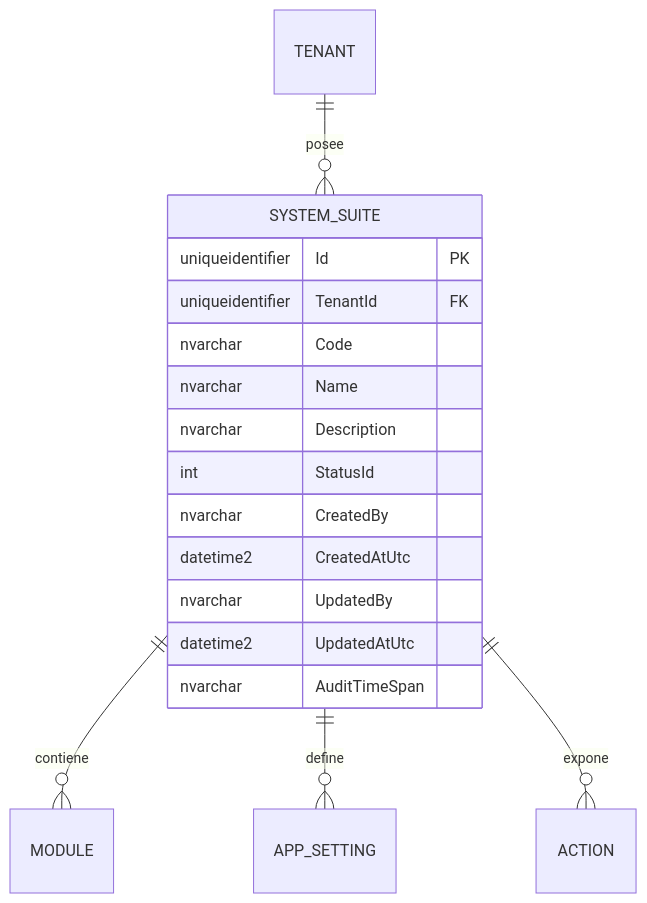
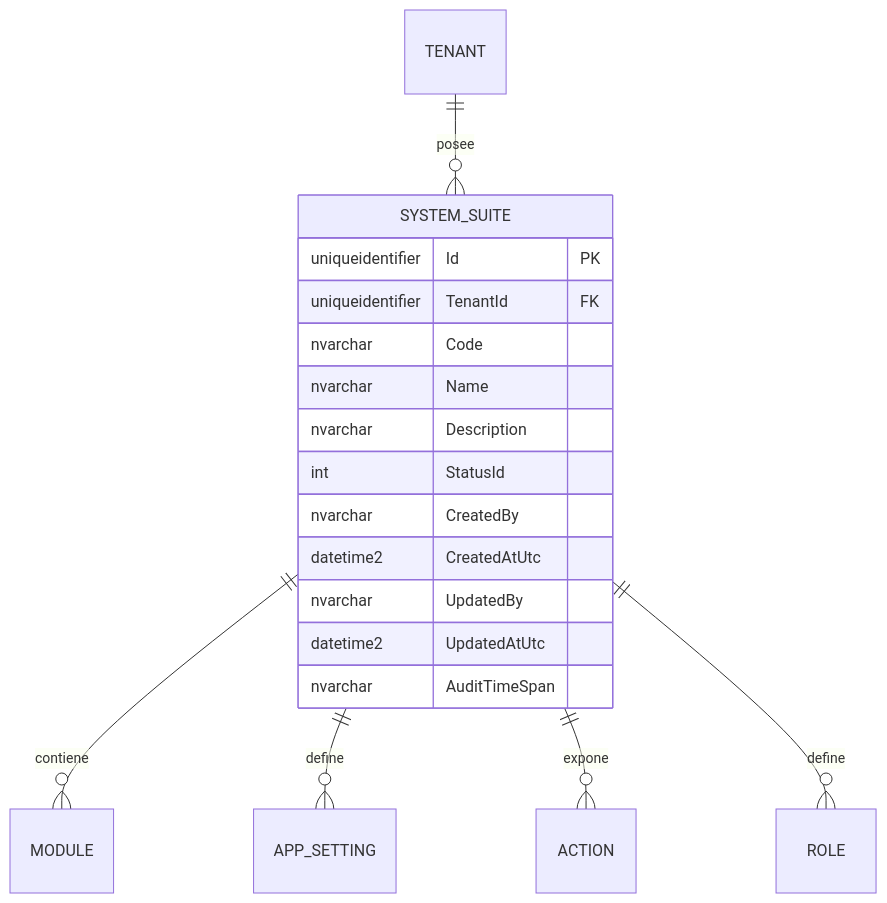
Before and after one commit to beyondnetcode/ums: the third of 3 diagrams in docs/domain-es/authorization/system-suite.md, drawn with Mermaid. The commit also changed other lines of this file and 91 other files, not shown here.

````diff
--- a/docs/domain-es/authorization/system-suite.md
+++ b/docs/domain-es/authorization/system-suite.md
@@ -153,21 +155,22 @@
 ```mermaid
 erDiagram
     TENANT ||--o{ SYSTEM_SUITE : "posee"
     SYSTEM_SUITE ||--o{ MODULE : "contiene"
     SYSTEM_SUITE ||--o{ APP_SETTING : "define"
     SYSTEM_SUITE ||--o{ ACTION : "expone"
+    SYSTEM_SUITE ||--o{ ROLE : "define"
 
     SYSTEM_SUITE {
         uniqueidentifier Id PK
         uniqueidentifier TenantId FK
         nvarchar Code
         nvarchar Name
         nvarchar Description
         int StatusId
         nvarchar CreatedBy
         datetime2 CreatedAtUtc
         nvarchar UpdatedBy
         datetime2 UpdatedAtUtc
         nvarchar AuditTimeSpan
     }
 ```
````
